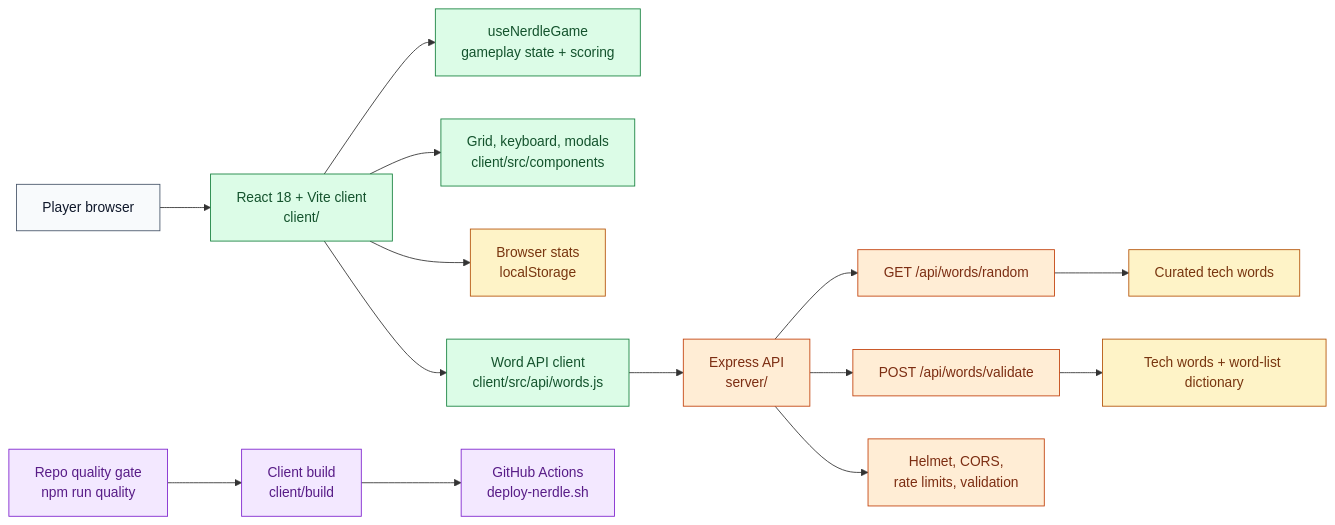
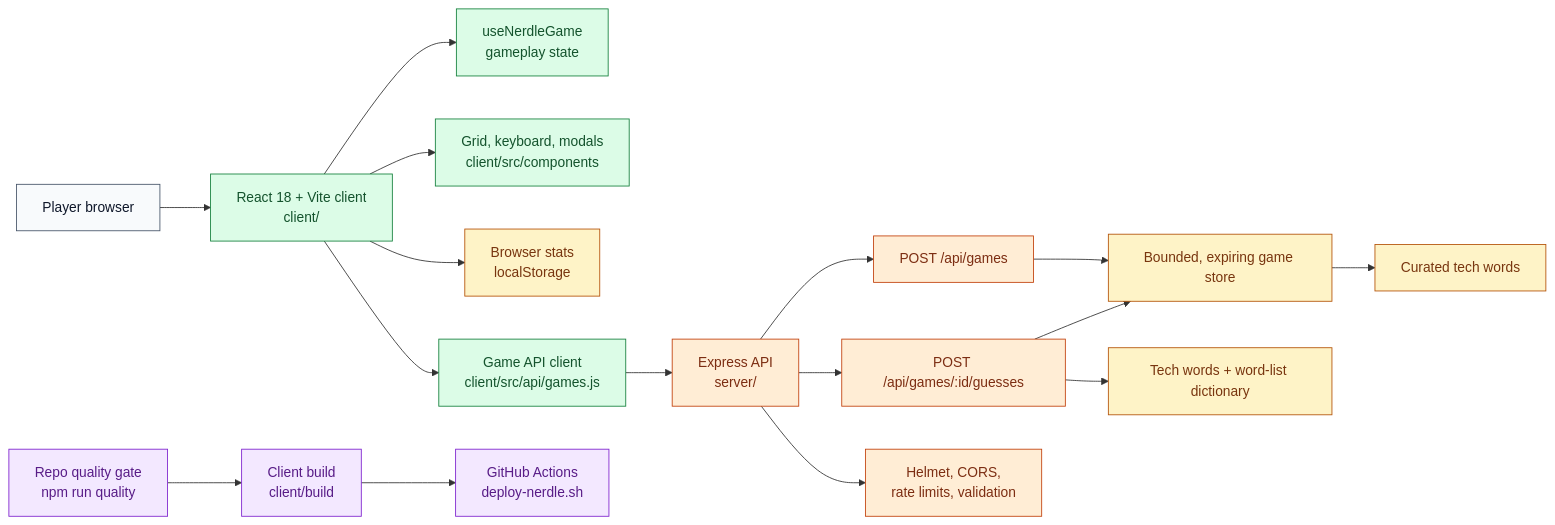
One commit to natezimm/nerdle changed the first of 2 diagrams in docs/architecture.md. Above: the diagram before and after it, drawn with Mermaid. The commit also changed other lines of this file and 19 other files, not shown here.

Commit message:
Refactor game logic: Replace word API with game API, implement game creation and guess submission

````diff
--- a/docs/architecture.md
+++ b/docs/architecture.md
@@ -9,30 +9,32 @@
 ```mermaid
 flowchart LR
   Visitor["Player browser"] --> Client["React 18 + Vite client<br/>client/"]
-  Client --> GameState["useNerdleGame<br/>gameplay state + scoring"]
+  Client --> GameState["useNerdleGame<br/>gameplay state"]
   Client --> UI["Grid, keyboard, modals<br/>client/src/components"]
   Client --> Stats["Browser stats<br/>localStorage"]
-  Client --> ApiClient["Word API client<br/>client/src/api/words.js"]
+  Client --> ApiClient["Game API client<br/>client/src/api/games.js"]
   ApiClient --> Express["Express API<br/>server/"]
-  Express --> Random["GET /api/words/random"]
-  Express --> Validate["POST /api/words/validate"]
-  Random --> Words["Curated tech words"]
-  Validate --> Dictionary["Tech words + word-list dictionary"]
+  Express --> Start["POST /api/games"]
+  Express --> Guess["POST /api/games/:id/guesses"]
+  Start --> Games["Bounded, expiring game store"]
+  Games --> Words["Curated tech words"]
+  Guess --> Games
+  Guess --> Dictionary["Tech words + word-list dictionary"]
   Express --> Middleware["Helmet, CORS,<br/>rate limits, validation"]
   Repo["Repo quality gate<br/>npm run quality"] --> Build["Client build<br/>client/build"]
   Build --> Deploy["GitHub Actions<br/>deploy-nerdle.sh"]
 
   classDef user fill:#f8fafc,stroke:#475569,color:#0f172a
   classDef site fill:#e0f2fe,stroke:#0369a1,color:#0c4a6e
   classDef server fill:#ffedd5,stroke:#c2410c,color:#7c2d12
   classDef repo fill:#eef2ff,stroke:#4338ca,color:#312e81
   classDef client fill:#dcfce7,stroke:#15803d,color:#14532d
   classDef data fill:#fef3c7,stroke:#b45309,color:#78350f
   classDef delivery fill:#f3e8ff,stroke:#7e22ce,color:#581c87
   classDef external fill:#fee2e2,stroke:#b91c1c,color:#7f1d1d
   class Visitor user
   class Client,GameState,UI,ApiClient client
-  class Express,Random,Validate,Middleware server
-  class Stats,Words,Dictionary data
+  class Express,Start,Guess,Middleware server
+  class Stats,Games,Words,Dictionary data
   class Repo,Build,Deploy delivery
 ```
````
